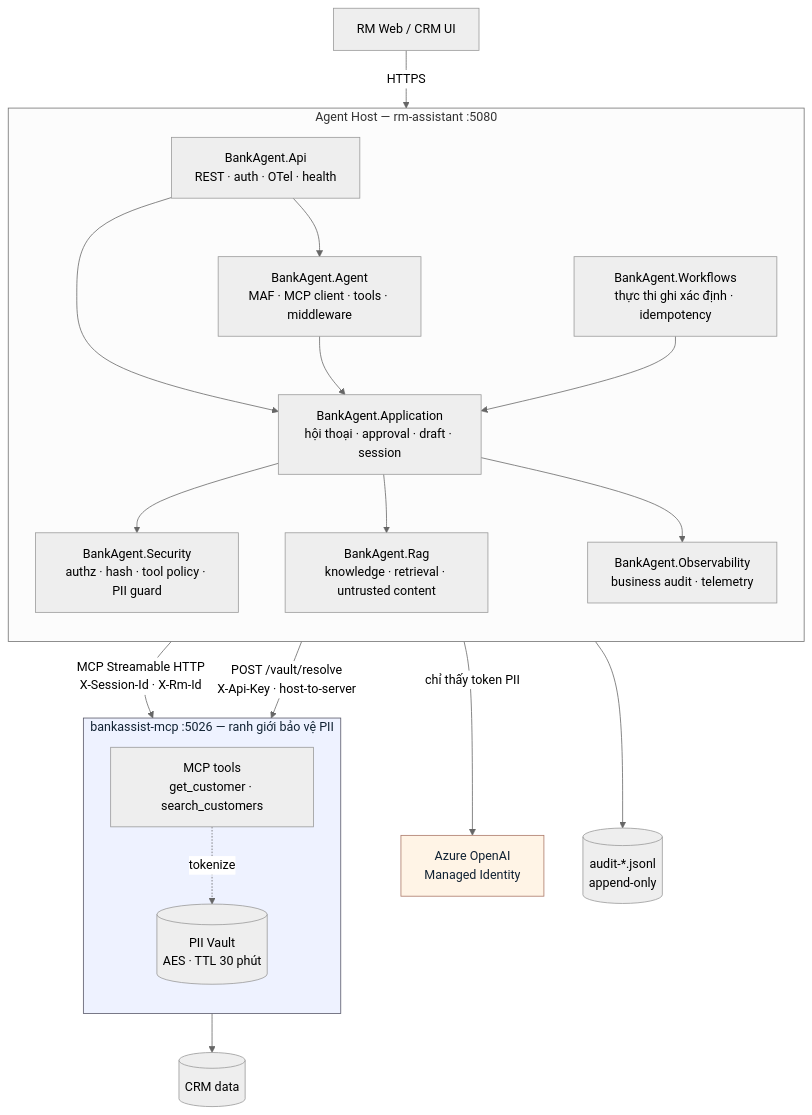
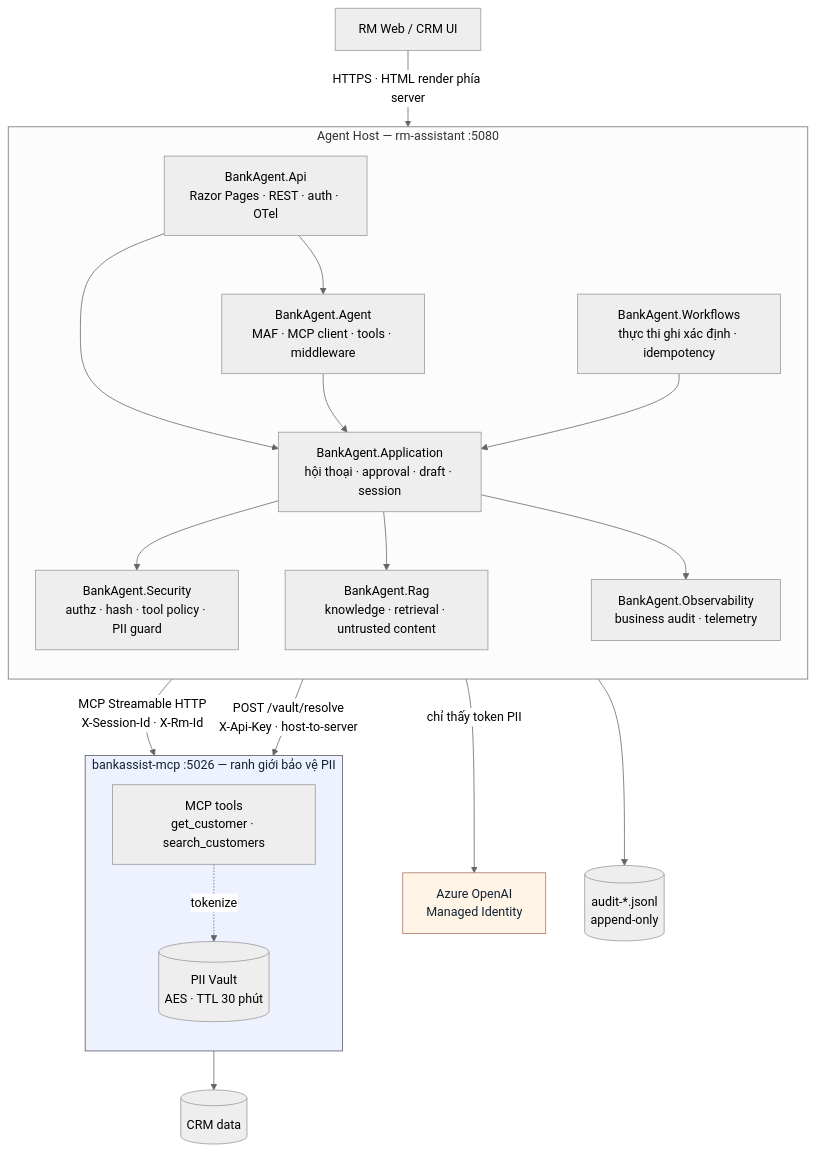
Before and after one commit to Trung1234/rm-assistant: the second of 5 diagrams in README.md, drawn with Mermaid (neutral theme). The commit also changed other lines of this file and 18 other files, not shown here.

````diff
--- a/README.md
+++ b/README.md
@@ -55,43 +55,43 @@
 ```mermaid
 flowchart TB
     RM["RM Web / CRM UI"]
 
     subgraph HOST["Agent Host — rm-assistant :5080"]
         direction TB
-        API["BankAgent.Api<br/>REST · auth · OTel · health"]
+        API["BankAgent.Api<br/>Razor Pages · REST · auth · OTel"]
         AGENT["BankAgent.Agent<br/>MAF · MCP client · tools · middleware"]
         FLOW["BankAgent.Workflows<br/>thực thi ghi xác định · idempotency"]
         APP["BankAgent.Application<br/>hội thoại · approval · draft · session"]
         SEC["BankAgent.Security<br/>authz · hash · tool policy · PII guard"]
         RAGL["BankAgent.Rag<br/>knowledge · retrieval · untrusted content"]
         OBS["BankAgent.Observability<br/>business audit · telemetry"]
 
         API --> AGENT
         API --> APP
         AGENT --> APP
         FLOW --> APP
         APP --> SEC
         APP --> RAGL
         APP --> OBS
     end
 
     subgraph MCPS["bankassist-mcp :5026 — ranh giới bảo vệ PII"]
         direction TB
         TOOLS["MCP tools<br/>get_customer · search_customers"]
         VAULT[("PII Vault<br/>AES · TTL 30 phút")]
         TOOLS -.->|tokenize| VAULT
     end
 
-    RM -->|HTTPS| API
+    RM -->|"HTTPS · HTML render phía server"| API
     AGENT -->|"MCP Streamable HTTP<br/>X-Session-Id · X-Rm-Id"| TOOLS
     FLOW -->|"POST /vault/resolve<br/>X-Api-Key · host-to-server"| VAULT
 
     MODEL["Azure OpenAI<br/>Managed Identity"]
     AGENT -->|"chỉ thấy token PII"| MODEL
 
     TOOLS --> CRM[("CRM data")]
     OBS --> AUDIT[("audit-*.jsonl<br/>append-only")]
 
     style MCPS fill:#eef2ff,stroke:#556,color:#123
     style MODEL fill:#fff4e6,stroke:#a76,color:#123
 ```
````
